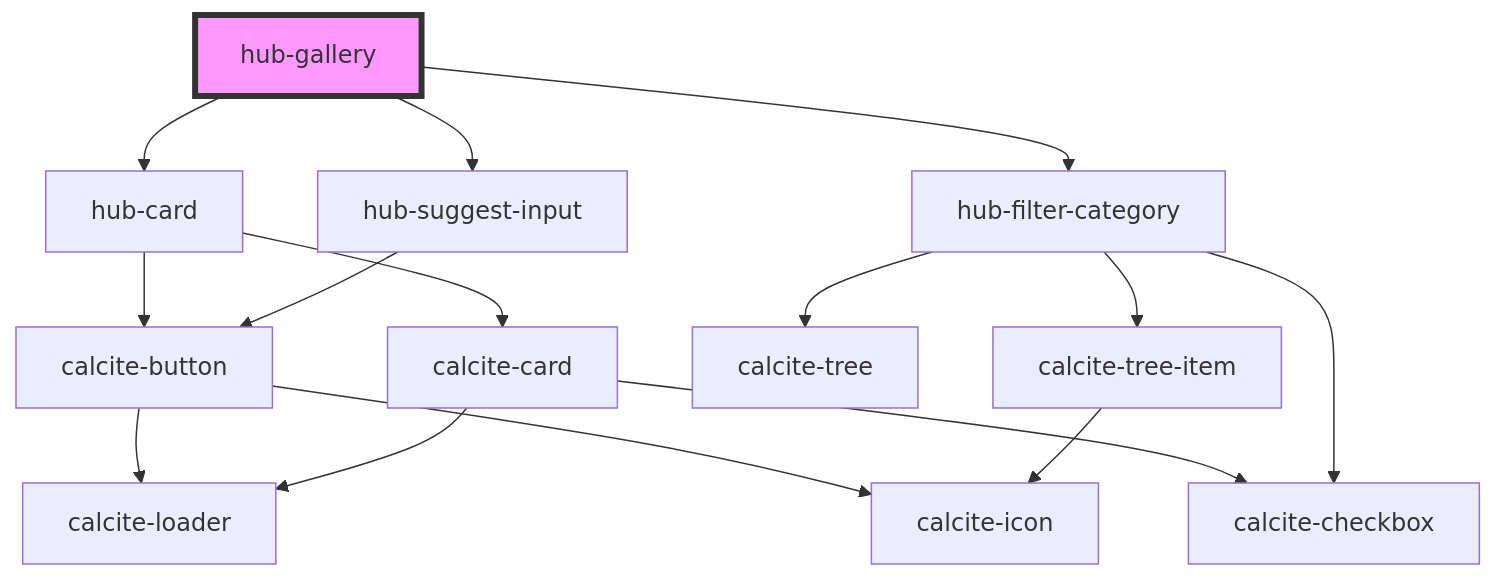
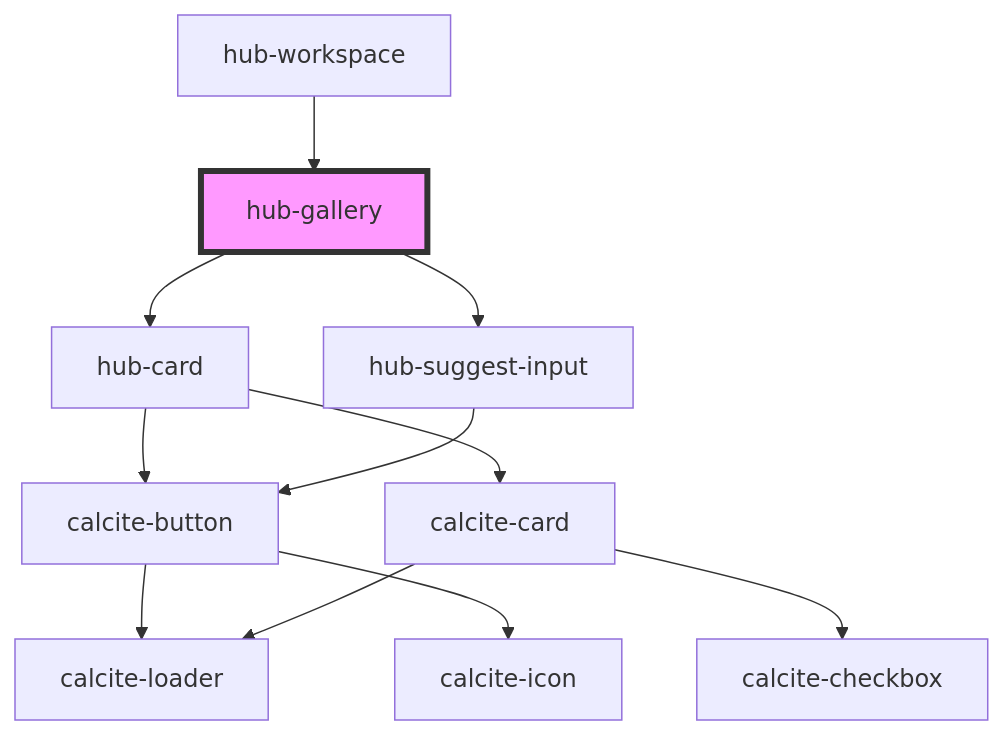
The diagram in src/components/hub-gallery/readme.md (esridc/hub-components-experiments), drawn with Mermaid before and after one commit. The commit also changed other lines of this file and 16 other files, not shown here.

````diff
--- a/src/components/hub-gallery/readme.md
+++ b/src/components/hub-gallery/readme.md
@@ -43,18 +47,14 @@
 ```mermaid
 graph TD;
   hub-gallery --> hub-card
-  hub-gallery --> hub-filter-category
   hub-gallery --> hub-suggest-input
   hub-card --> calcite-button
   hub-card --> calcite-card
   calcite-button --> calcite-loader
   calcite-button --> calcite-icon
   calcite-card --> calcite-loader
   calcite-card --> calcite-checkbox
-  hub-filter-category --> calcite-checkbox
-  hub-filter-category --> calcite-tree
-  hub-filter-category --> calcite-tree-item
-  calcite-tree-item --> calcite-icon
   hub-suggest-input --> calcite-button
+  hub-workspace --> hub-gallery
   style hub-gallery fill:#f9f,stroke:#333,stroke-width:4px
 ```
````
